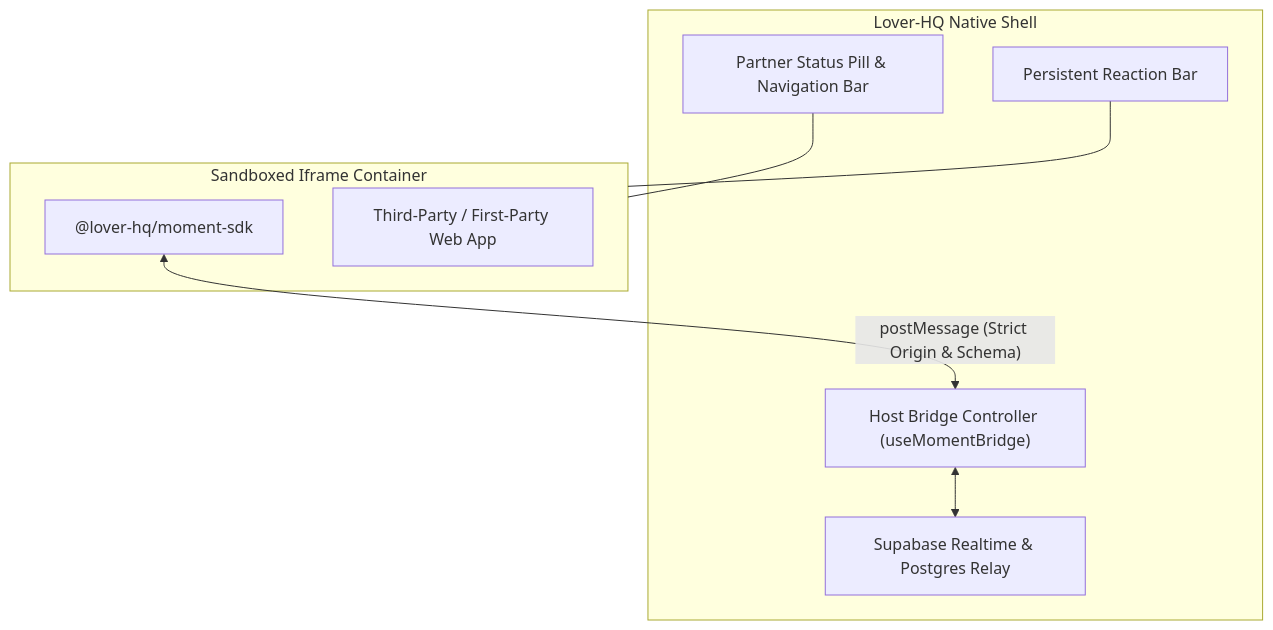
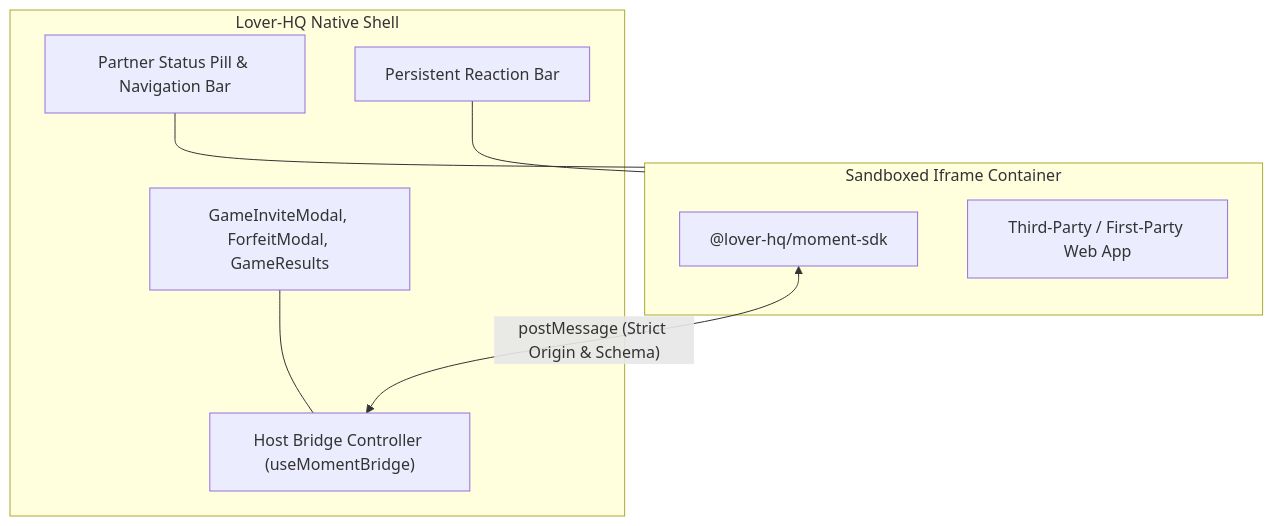
The second of 4 diagrams in doc/MOMENTS_ARCHITECTURE.md (xtarflex/Lover-HQ), drawn with Mermaid before and after one commit. The commit also changed other lines of this file and 45 other files, not shown here.

````diff
--- a/doc/MOMENTS_ARCHITECTURE.md
+++ b/doc/MOMENTS_ARCHITECTURE.md
@@ -27,19 +73,19 @@
 ```mermaid
 flowchart TB
     subgraph LoverHQ["Lover-HQ Native Shell"]
         ShellHeader["Partner Status Pill & Navigation Bar"]
         FloatingTray["Persistent Reaction Bar"]
         HostBridge["Host Bridge Controller (useMomentBridge)"]
-        RealtimeRelay["Supabase Realtime & Postgres Relay"]
+        NativeModals["GameInviteModal, ForfeitModal, GameResults"]
     end
 
     subgraph IframeSandbox["Sandboxed Iframe Container"]
         SDK["@lover-hq/moment-sdk"]
         AppletUI["Third-Party / First-Party Web App"]
     end
 
     ShellHeader --- IframeSandbox
     FloatingTray --- IframeSandbox
+    NativeModals --- HostBridge
     SDK <-->|"postMessage (Strict Origin & Schema)"| HostBridge
-    HostBridge <--> RealtimeRelay
 ```
````
